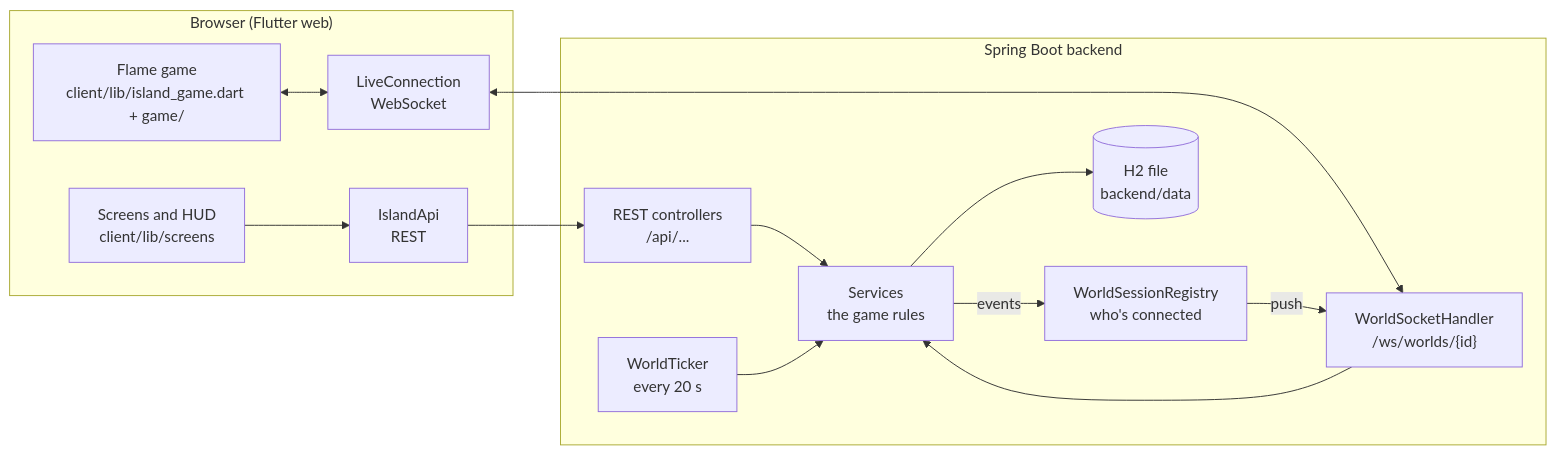
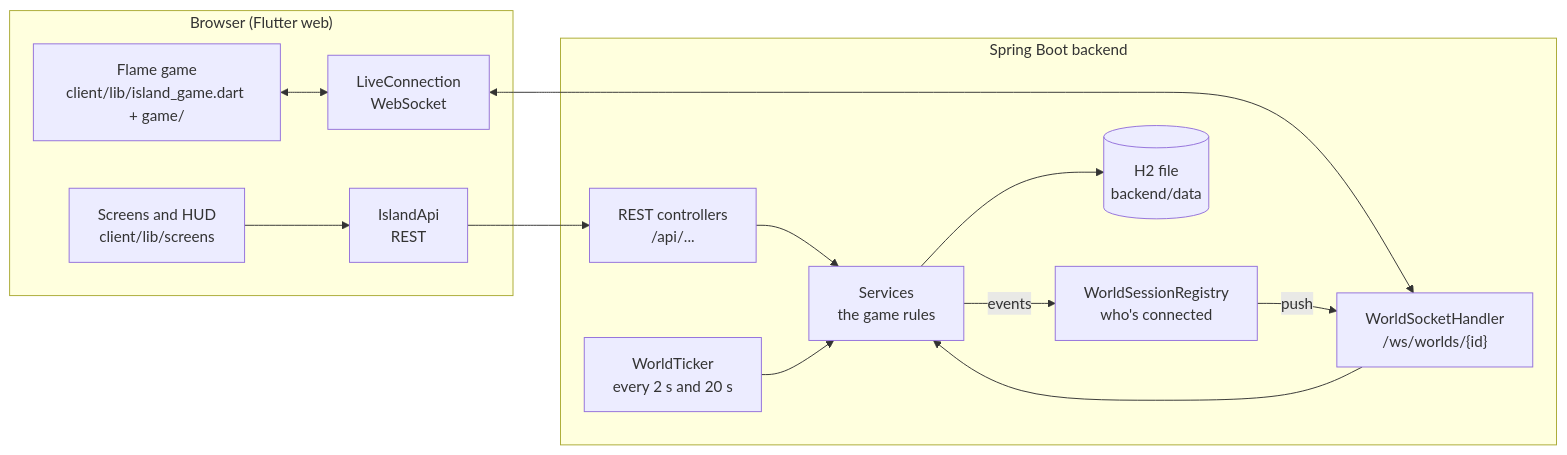
The diagram in docs/architecture.md (hcipek/island-survival), drawn with Mermaid before and after one commit. The commit also changed other lines of this file and 28 other files, not shown here.

````diff
--- a/docs/architecture.md
+++ b/docs/architecture.md
@@ -5,22 +5,22 @@
 ```mermaid
 flowchart LR
     subgraph Browser["Browser (Flutter web)"]
         UI["Screens and HUD<br/>client/lib/screens"]
         Game["Flame game<br/>client/lib/island_game.dart + game/"]
         Live["LiveConnection<br/>WebSocket"]
         Api["IslandApi<br/>REST"]
     end
     subgraph Server["Spring Boot backend"]
         Rest["REST controllers<br/>/api/..."]
         Socket["WorldSocketHandler<br/>/ws/worlds/{id}"]
         Services["Services<br/>the game rules"]
         Registry["WorldSessionRegistry<br/>who's connected"]
-        Ticker["WorldTicker<br/>every 20 s"]
+        Ticker["WorldTicker<br/>every 2 s and 20 s"]
         DB[("H2 file<br/>backend/data")]
     end
     UI --> Api --> Rest --> Services
     Game <--> Live <--> Socket --> Services
     Services --> DB
     Services -- "events" --> Registry -- "push" --> Socket
     Ticker --> Services
 ```
````
